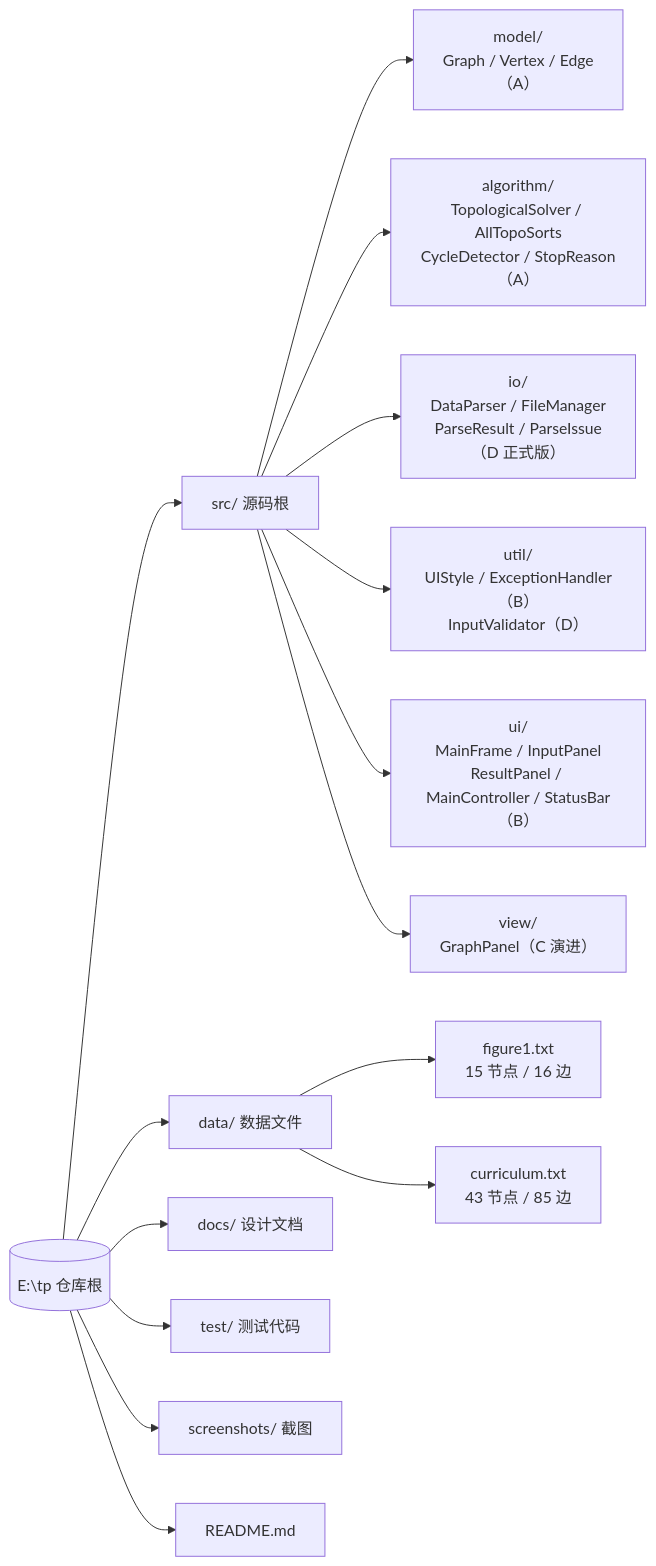
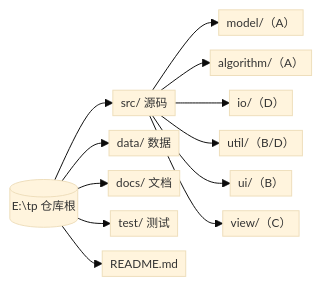
One commit to yyj138/topological-sort changed the seventh of 7 diagrams in docs/详细设计报告-GUI.md. Above: the diagram before and after it, drawn with Mermaid. The commit also changed other lines of this file, not shown here.

Commit message:
【T-B】Mermaid图整体优化：init配置12px小字体+紧凑间距；节点文字缩短防截断；§2.3菜单去subgraph改横向；§3.3事件流改LR横向；§4.1类图节点精简；§8.1目录树精简

````diff
--- a/docs/详细设计报告-GUI.md
+++ b/docs/详细设计报告-GUI.md
@@ -485,20 +472,17 @@
 ```mermaid
+%%{init: {'theme':'base','themeVariables':{'fontSize':'12px'},'flowchart':{'nodeSpacing':15,'rankSpacing':25,'padding':4}}}%%
 flowchart LR
     Root[("E:\tp 仓库根")]
-    Root --> src["src/ 源码根"]
-    Root --> data["data/ 数据文件"]
-    Root --> docs["docs/ 设计文档"]
-    Root --> test["test/ 测试代码"]
-    Root --> screenshots["screenshots/ 截图"]
+    Root --> src["src/ 源码"]
+    Root --> data["data/ 数据"]
+    Root --> docs["docs/ 文档"]
+    Root --> test["test/ 测试"]
     Root --> readme["README.md"]
 
-    src --> model["model/<br/>Graph / Vertex / Edge<br/>（A）"]
-    src --> algorithm["algorithm/<br/>TopologicalSolver / AllTopoSorts<br/>CycleDetector / StopReason<br/>（A）"]
-    src --> io["io/<br/>DataParser / FileManager<br/>ParseResult / ParseIssue<br/>（D 正式版）"]
-    src --> util["util/<br/>UIStyle / ExceptionHandler（B）<br/>InputValidator（D）"]
-    src --> ui["ui/<br/>MainFrame / InputPanel<br/>ResultPanel / MainController / StatusBar<br/>（B）"]
-    src --> view["view/<br/>GraphPanel（C 演进）"]
-
-    data --> f1["figure1.txt<br/>15 节点 / 16 边"]
-    data --> f2["curriculum.txt<br/>43 节点 / 85 边"]
+    src --> model["model/（A）"]
+    src --> algo["algorithm/（A）"]
+    src --> io["io/（D）"]
+    src --> util["util/（B/D）"]
+    src --> ui["ui/（B）"]
+    src --> view["view/（C）"]
 ```
````
